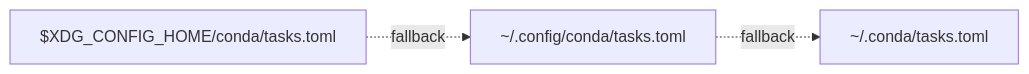
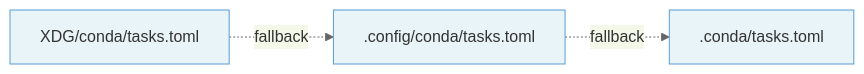
The first of 2 diagrams in docs/configuration.md (conda-incubator/conda-workspaces), drawn with Mermaid before and after one commit. The commit also changed other lines of this file and 1 other file, not shown here.

Commit message:
Polish mermaid diagram styling and labels

````diff
--- a/docs/configuration.md
+++ b/docs/configuration.md
@@ -72,5 +72,6 @@
 ```{mermaid}
+%%{init: {"theme": "base", "themeVariables": {"fontSize": "16px", "primaryColor": "#e8f4f8", "primaryBorderColor": "#5b9bd5", "primaryTextColor": "#333", "lineColor": "#666"}}}%%
 graph LR
-    X1["$XDG_CONFIG_HOME/conda/tasks.toml"] -.->|fallback| X2["~/.config/conda/tasks.toml"]
-    X2 -.->|fallback| X3["~/.conda/tasks.toml"]
+    X1["XDG/conda/tasks.toml"] -.->|fallback| X2[".config/conda/tasks.toml"]
+    X2 -.->|fallback| X3[".conda/tasks.toml"]
 ```
````
